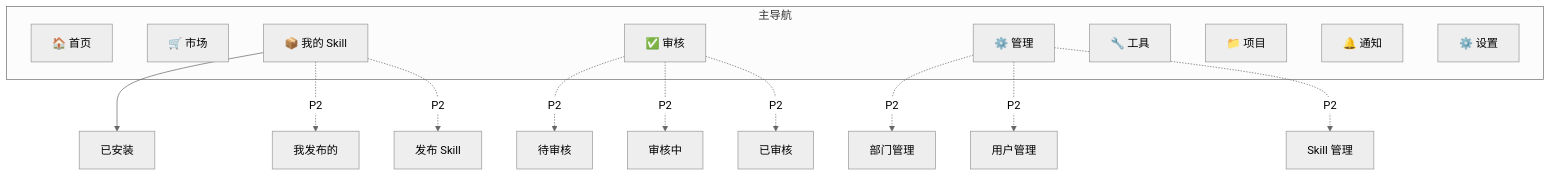
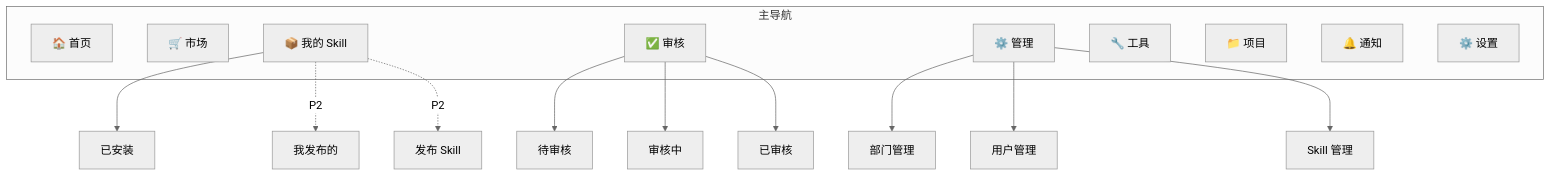
Before and after one commit to HaibinZhang1/EnterpriseAgentHub: the first of 3 diagrams in docs/RequirementDocument/06_page_architecture.md, drawn with Mermaid (neutral theme). The commit also changed other lines of this file and 63 other files, not shown here.

````diff
--- a/docs/RequirementDocument/06_page_architecture.md
+++ b/docs/RequirementDocument/06_page_architecture.md
@@ -83,26 +83,26 @@
 ```mermaid
 graph TD
     subgraph 主导航
         HOME["🏠 首页"]
         MARKET["🛒 市场"]
         MY["📦 我的 Skill"]
         REVIEW["✅ 审核"]
         MANAGE["⚙️ 管理"]
         TOOL["🔧 工具"]
         PROJECT["📁 项目"]
         NOTIFY["🔔 通知"]
         SETTING["⚙️ 设置"]
     end
 
     MY --> MY1["已安装"]
     MY -.->|P2| MY2["我发布的"]
     MY -.->|P2| MY3["发布 Skill"]
 
-    REVIEW -.->|P2| R1["待审核"]
-    REVIEW -.->|P2| R2["审核中"]
-    REVIEW -.->|P2| R3["已审核"]
+    REVIEW --> R1["待审核"]
+    REVIEW --> R2["审核中"]
+    REVIEW --> R3["已审核"]
 
-    MANAGE -.->|P2| MG1["部门管理"]
-    MANAGE -.->|P2| MG2["用户管理"]
-    MANAGE -.->|P2| MG3["Skill 管理"]
+    MANAGE --> MG1["部门管理"]
+    MANAGE --> MG2["用户管理"]
+    MANAGE --> MG3["Skill 管理"]
 ```
````
